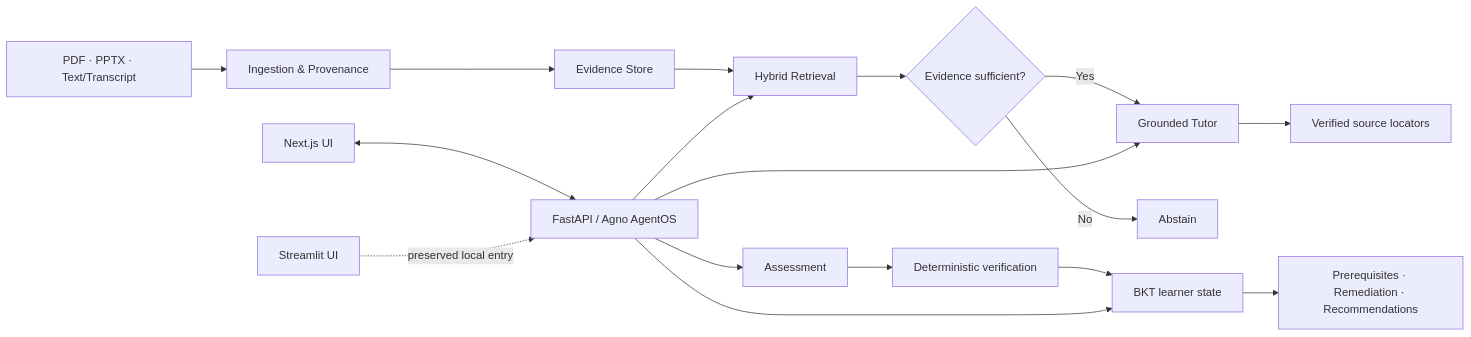
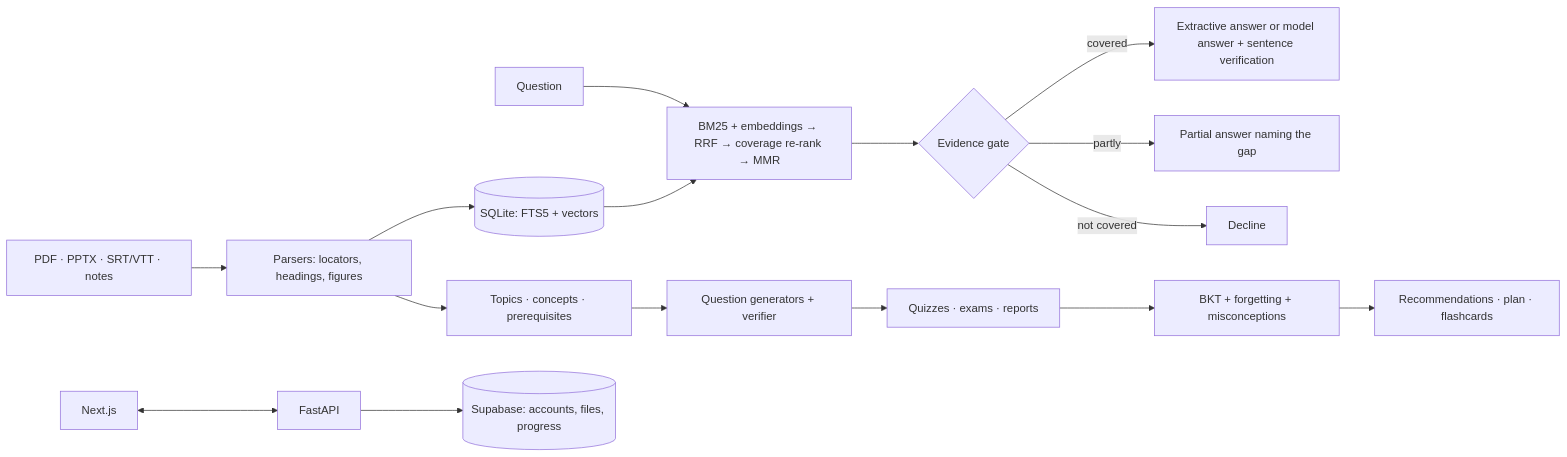
One commit to SujitSaiY2007/CogniVault changed the diagram in README.md. Above: the diagram before and after it, drawn with Mermaid. The commit also changed other lines of this file and 172 other files, not shown here.

````diff
--- a/README.md
+++ b/README.md
@@ -33,19 +37,14 @@
 ```mermaid
 flowchart LR
-  Sources[PDF · PPTX · Text/Transcript] --> Ingest[Ingestion & Provenance]
-  Ingest --> Evidence[Evidence Store]
-  Evidence --> Retrieval[Hybrid Retrieval]
-  Retrieval --> Gate{Evidence sufficient?}
-  Gate -->|Yes| Tutor[Grounded Tutor]
-  Gate -->|No| Abstain[Abstain]
-  Tutor --> Citations[Verified source locators]
-  Practice[Assessment] --> Verify[Deterministic verification]
-  Verify --> BKT[BKT learner state]
-  BKT --> Next[Prerequisites · Remediation · Recommendations]
-  Frontend[Next.js UI] <--> API[FastAPI / Agno AgentOS]
-  API --> Retrieval
-  API --> Tutor
-  API --> Practice
-  API --> BKT
-  Legacy[Streamlit UI] -. preserved local entry .-> API
+  F[PDF · PPTX · SRT/VTT · notes] --> P[Parsers: locators, headings, figures]
+  P --> K[Topics · concepts · prerequisites]
+  P --> I[(SQLite: FTS5 + vectors)]
+  Q[Question] --> R[BM25 + embeddings → RRF → coverage re-rank → MMR]
+  I --> R --> G{Evidence gate}
+  G -->|covered| A[Extractive answer or model answer + sentence verification]
+  G -->|partly| PA[Partial answer naming the gap]
+  G -->|not covered| D[Decline]
+  K --> QG[Question generators + verifier] --> X[Quizzes · exams · reports]
+  X --> B[BKT + forgetting + misconceptions] --> RC[Recommendations · plan · flashcards]
+  UI[Next.js] <--> API[FastAPI] --> S[(Supabase: accounts, files, progress)]
 ```
````
